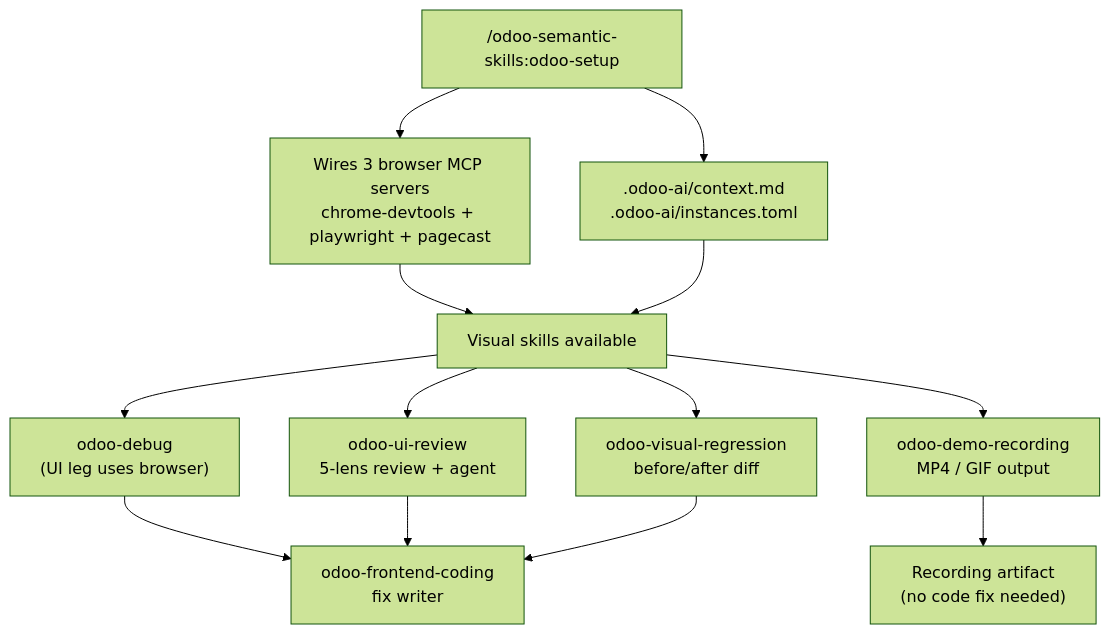
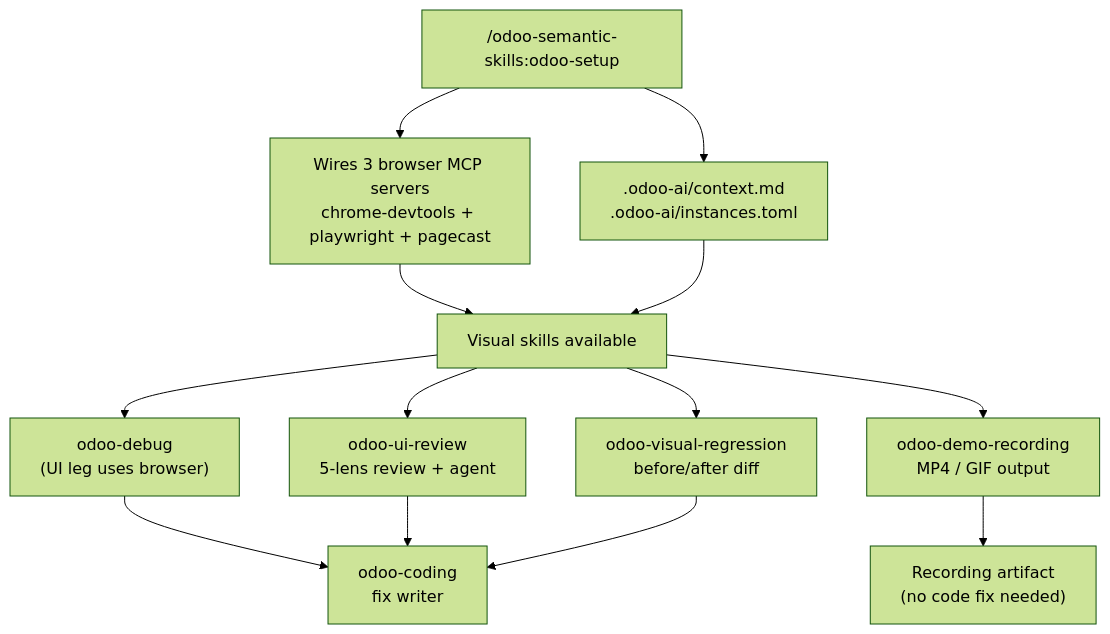
The fourth of 4 diagrams in plugins/odoo-semantic-skills/README.md (Viindoo/odoo-mcp-client), drawn with Mermaid (forest theme) before and after one commit. The commit also changed other lines of this file and 70 other files, not shown here.

````diff
--- a/plugins/odoo-semantic-skills/README.md
+++ b/plugins/odoo-semantic-skills/README.md
@@ -243,20 +243,20 @@
 ```mermaid
 flowchart TD
     SETUP["/odoo-semantic-skills:odoo-setup"]
     SETUP --> MCPW["Wires 3 browser MCP servers<br/>chrome-devtools + playwright + pagecast"]
     SETUP --> CTX[".odoo-ai/context.md<br/>.odoo-ai/instances.toml"]
 
     MCPW --> SK["Visual skills available"]
     CTX --> SK
 
     SK --> UID["odoo-debug<br/>(UI leg uses browser)"]
     SK --> UIR["odoo-ui-review<br/>5-lens review + agent"]
     SK --> VR["odoo-visual-regression<br/>before/after diff"]
     SK --> DR["odoo-demo-recording<br/>MP4 / GIF output"]
 
-    UID --> FC["odoo-frontend-coding<br/>fix writer"]
+    UID --> FC["odoo-coding<br/>fix writer"]
     UIR --> FC
     VR --> FC
 
     DR --> MEDIA["Recording artifact<br/>(no code fix needed)"]
 ```
````
